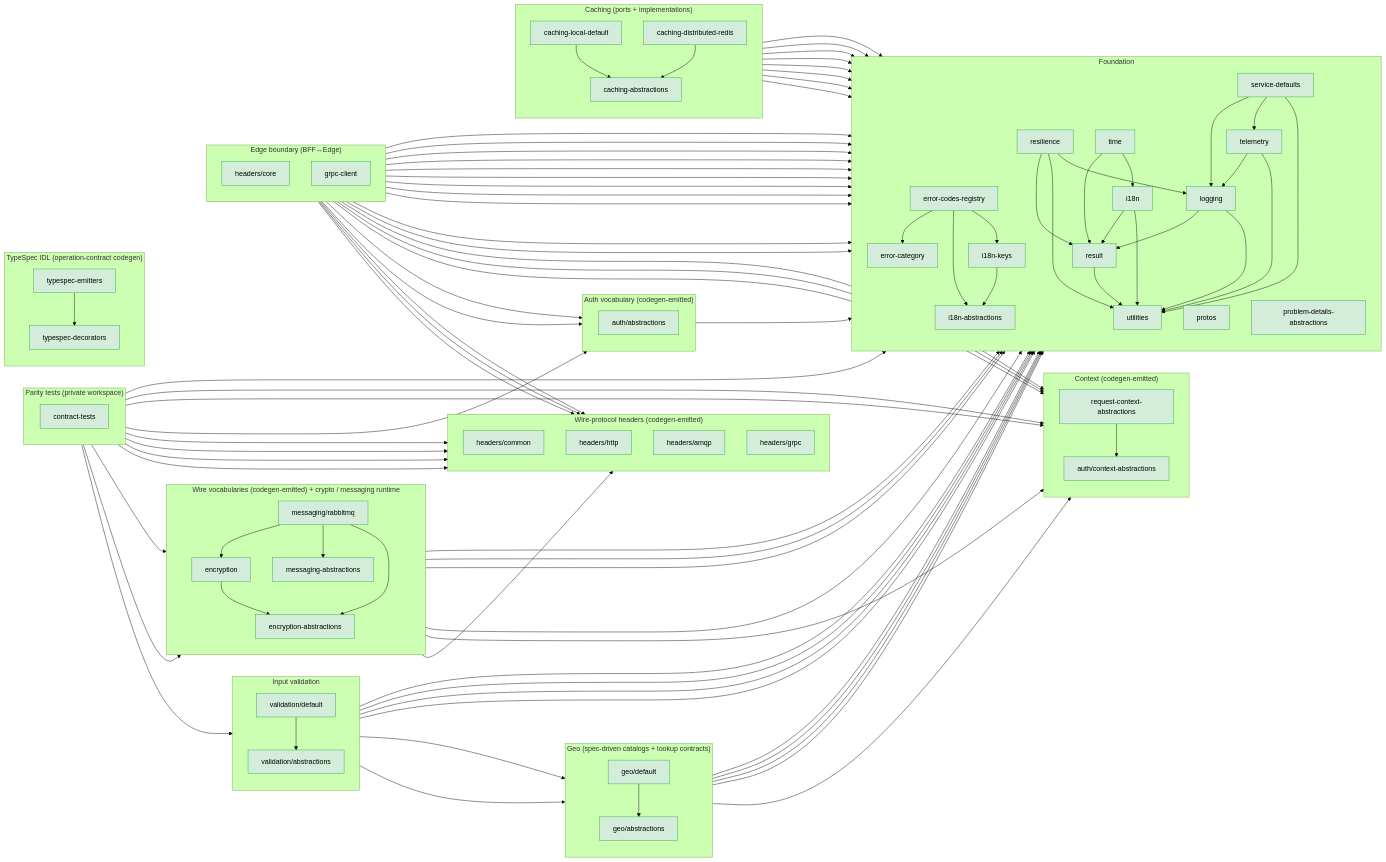
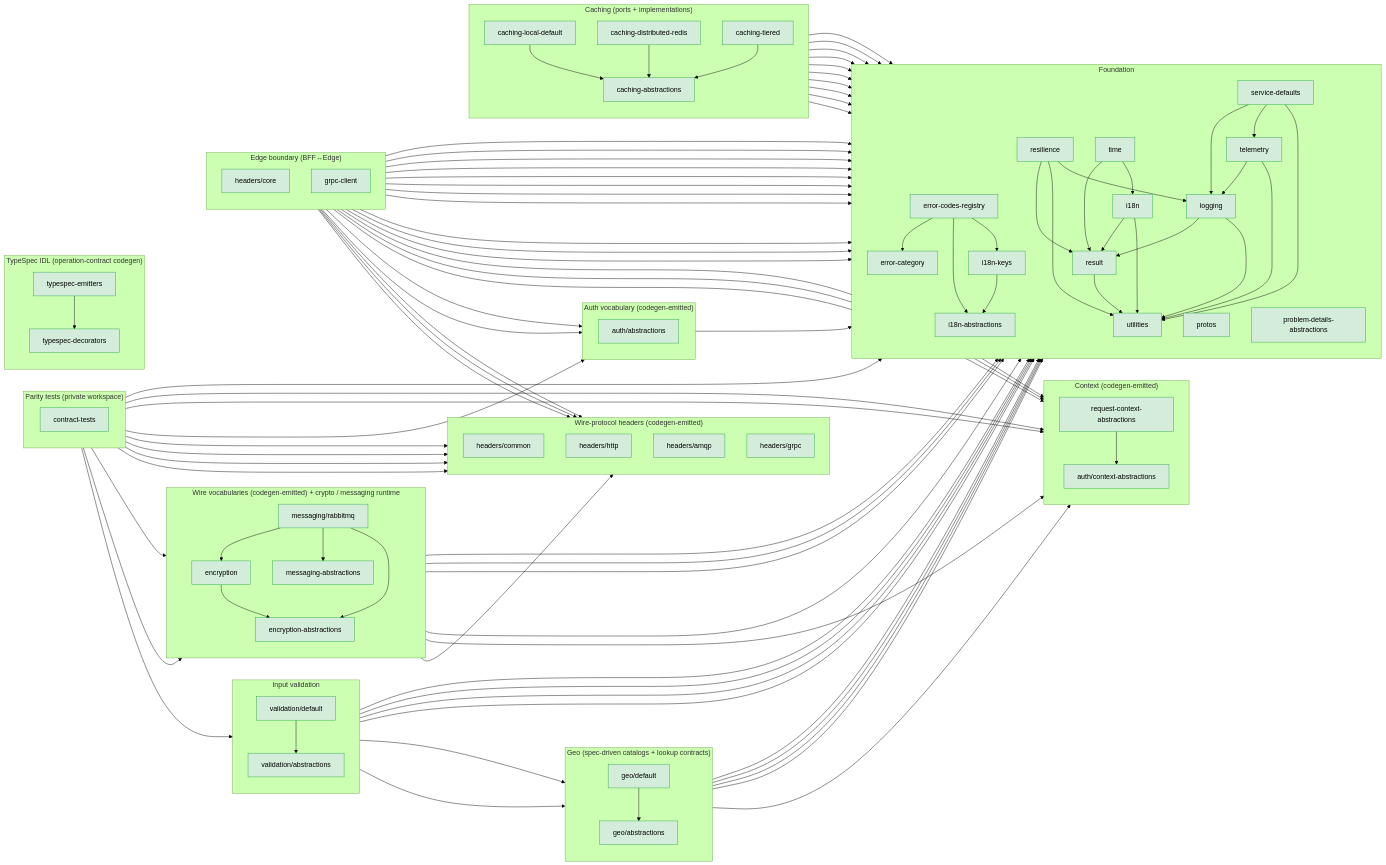
The diagram in server/shared/typescript/README.md (DSCV-io/D2-WORX), drawn with Mermaid (forest theme) before and after one commit. The commit also changed other lines of this file and 21 other files, not shown here.

Commit message:
feat(ts-caching): ship @d2/caching-tiered twin of DefaultTieredCache

````diff
--- a/server/shared/typescript/README.md
+++ b/server/shared/typescript/README.md
@@ -232,6 +232,7 @@
         CachingAbs[caching-abstractions]
         CachingLocalDefault[caching-local-default]
         CachingDistributedRedis[caching-distributed-redis]
+        CachingTiered[caching-tiered]
 
         CachingAbs --> Result
         CachingAbs --> I18nKeys
@@ -243,6 +244,9 @@
         CachingDistributedRedis --> Utilities
         CachingDistributedRedis --> Logging
         CachingDistributedRedis --> I18nKeys
+        CachingTiered --> CachingAbs
+        CachingTiered --> Result
+        CachingTiered --> Logging
     end
 
     subgraph TYPESPEC["TypeSpec IDL (operation-contract codegen)"]
@@ -253,5 +257,5 @@
         TypespecEmitters --> TypespecDecorators
     end
 
-    class Result,Utilities,Resilience,I18n,Logging,Telemetry,ServiceDefaults,Protos,Time,ErrorCategory,I18nAbs,I18nKeys,ErrorCodesRegistry,ProblemDetailsAbs,AuthCtxAbs,ReqCtxAbs,AuthAbs,HeadersCommon,HeadersHttp,HeadersAmqp,HeadersGrpc,EncryptionAbs,MessagingAbs,Encryption,MessagingRabbitMq,Headers,GrpcClient,ContractTests,GeoAbs,GeoDefault,ValidationAbs,ValidationDefault,CachingAbs,CachingLocalDefault,CachingDistributedRedis,TypespecDecorators,TypespecEmitters built
+    class Result,Utilities,Resilience,I18n,Logging,Telemetry,ServiceDefaults,Protos,Time,ErrorCategory,I18nAbs,I18nKeys,ErrorCodesRegistry,ProblemDetailsAbs,AuthCtxAbs,ReqCtxAbs,AuthAbs,HeadersCommon,HeadersHttp,HeadersAmqp,HeadersGrpc,EncryptionAbs,MessagingAbs,Encryption,MessagingRabbitMq,Headers,GrpcClient,ContractTests,GeoAbs,GeoDefault,ValidationAbs,ValidationDefault,CachingAbs,CachingLocalDefault,CachingDistributedRedis,CachingTiered,TypespecDecorators,TypespecEmitters built
 ```
````
